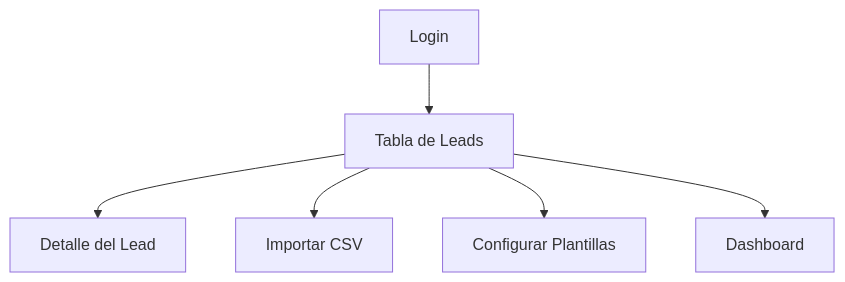
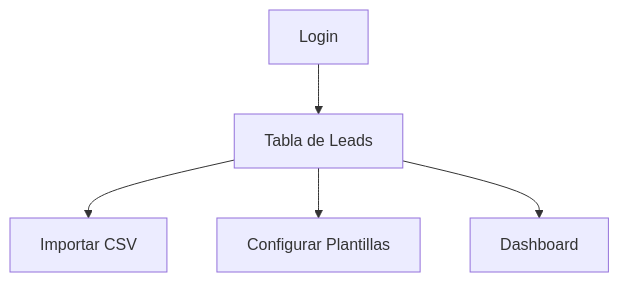
One commit to NiceNoise/proyecto-grupo2 changed the second of 5 diagrams in docs/requirements.md. Above: the diagram before and after it, drawn with Mermaid.

````diff
--- a/docs/requirements.md
+++ b/docs/requirements.md
@@ -84,8 +84,7 @@
 ```mermaid  
 graph TD  
   A[Login] --> B[Tabla de Leads]  
-  B --> C[Detalle del Lead]  
   B --> D[Importar CSV]  
   B --> E[Configurar Plantillas]  
   B --> F[Dashboard]  
 ```
````
